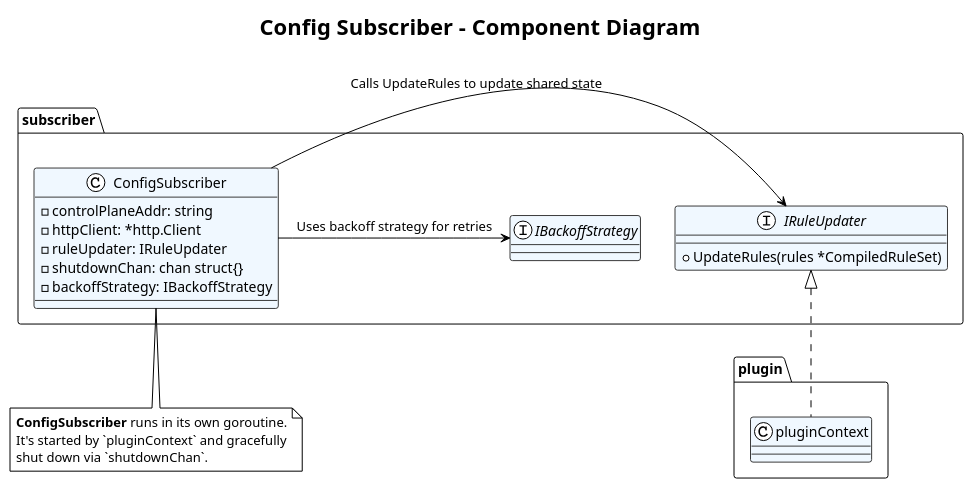
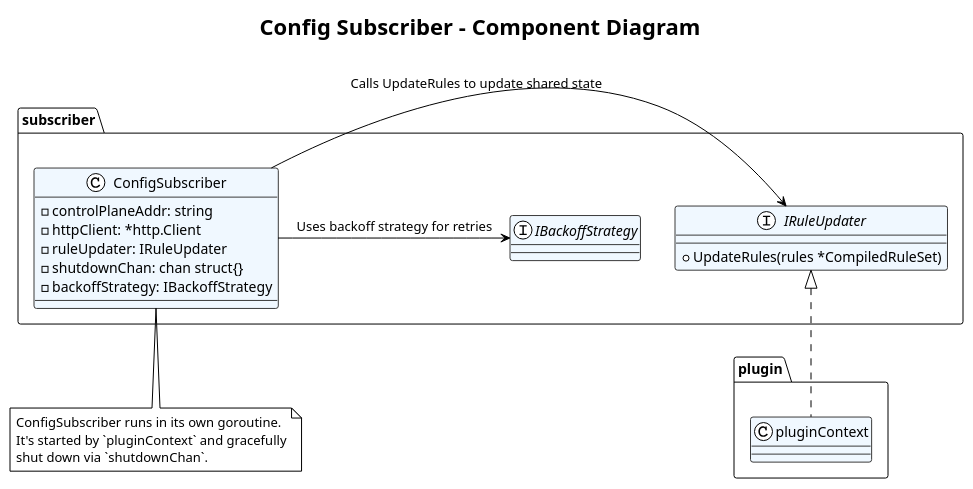
One commit to kalahetun/Minesweeper changed the fourth of 9 diagrams in executor/docs/design_doc/Design_2_Wasm_plugin.md. Above: the diagram before and after it, drawn with PlantUML. The commit also changed other lines of this file and 27 other files, not shown here.

````diff
--- a/executor/docs/design_doc/Design_2_Wasm_plugin.md
+++ b/executor/docs/design_doc/Design_2_Wasm_plugin.md
@@ -254,45 +254,45 @@
 ```plantuml
 @startuml
 !theme plain
 skinparam class {
     BorderColor #3A3A3A
     BackgroundColor #AliceBlue
 }
 skinparam interface {
     BorderColor #3A3A3A
     BackgroundColor #LightYellow
 }
 
 title Config Subscriber - Component Diagram
 
 package "subscriber" {
     class "ConfigSubscriber" as Subscriber {
         - controlPlaneAddr: string
         - httpClient: *http.Client
         - ruleUpdater: IRuleUpdater
         - shutdownChan: chan struct{}
         - backoffStrategy: IBackoffStrategy
     }
 
     interface "IRuleUpdater" as IRules {
         + UpdateRules(rules *CompiledRuleSet)
     }
     
     interface "IBackoffStrategy" as IBackoff
 }
 
 package "plugin" {
     class "pluginContext" as PC
 }
 
 PC .up.|> IRules
 Subscriber -> IRules: Calls UpdateRules to update shared state
 Subscriber -> IBackoff: Uses backoff strategy for retries
 
 note bottom of Subscriber
-  **ConfigSubscriber** runs in its own goroutine.
+  ConfigSubscriber runs in its own goroutine.
   It's started by `pluginContext` and gracefully
   shut down via `shutdownChan`.
 end note
 @enduml
 ```
````
